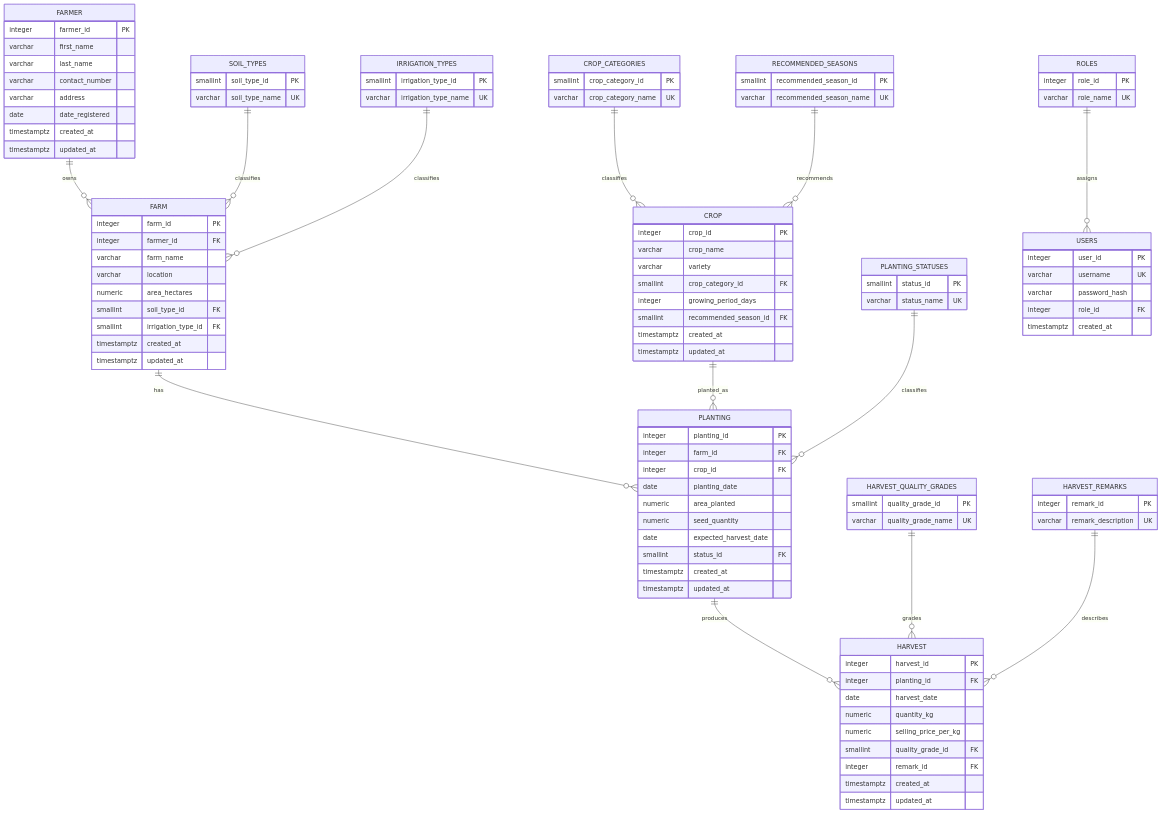
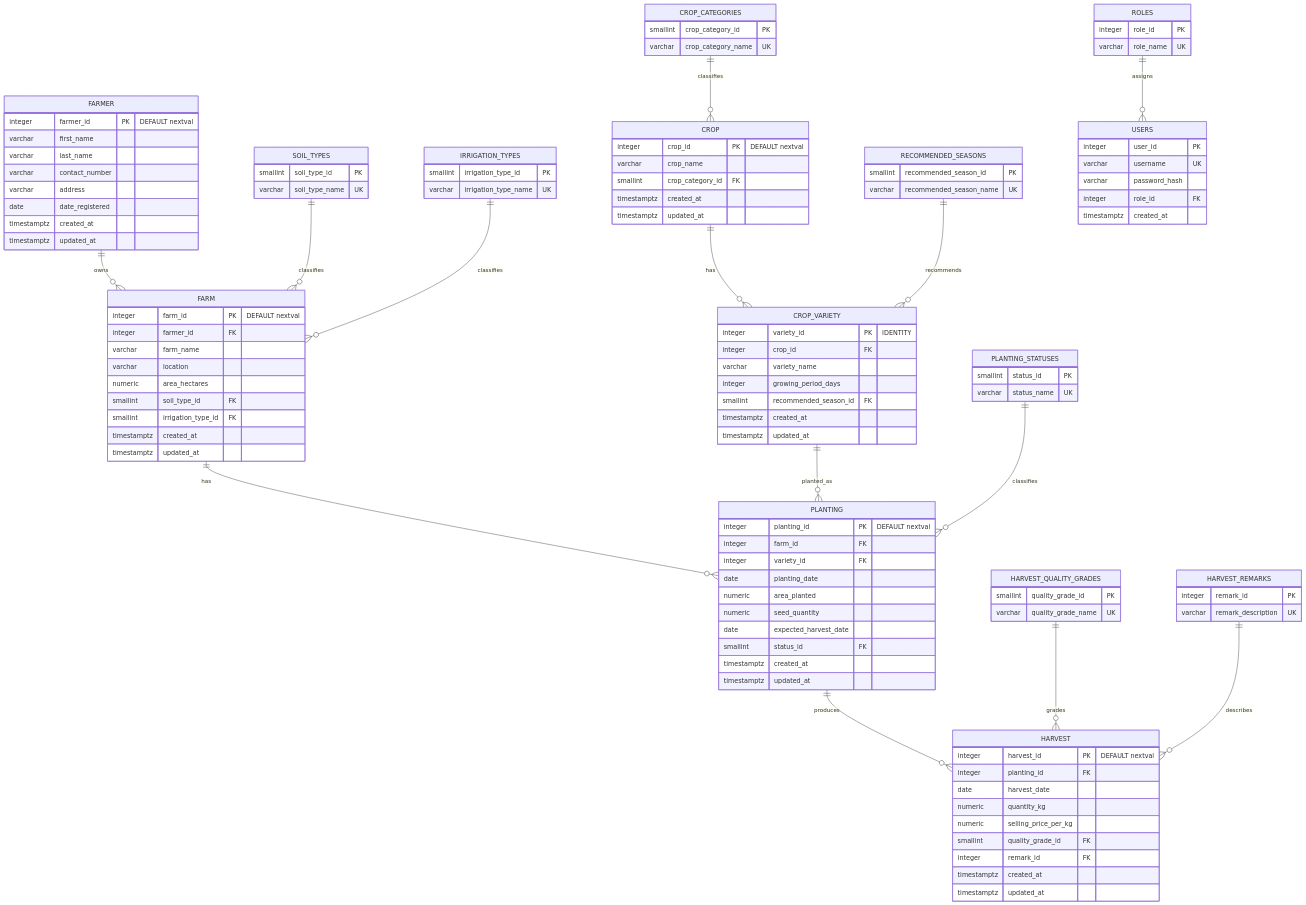
Before and after one commit to coronelstephen4/FMidterm_Project: the diagram in PROJECT_DOCUMENTATION.md, drawn with Mermaid. The commit also changed other lines of this file and 56 other files, not shown here.

```diff
--- a/PROJECT_DOCUMENTATION.md
+++ b/PROJECT_DOCUMENTATION.md
@@ -50,19 +52,19 @@
 erDiagram
     FARMER ||--o{ FARM : owns
     FARM ||--o{ PLANTING : has
-    CROP ||--o{ PLANTING : planted_as
+    CROP ||--o{ CROP_VARIETY : has
+    CROP_VARIETY ||--o{ PLANTING : planted_as
     PLANTING ||--o{ HARVEST : produces
     SOIL_TYPES ||--o{ FARM : classifies
     IRRIGATION_TYPES ||--o{ FARM : classifies
     CROP_CATEGORIES ||--o{ CROP : classifies
-    RECOMMENDED_SEASONS ||--o{ CROP : recommends
+    RECOMMENDED_SEASONS ||--o{ CROP_VARIETY : recommends
     PLANTING_STATUSES ||--o{ PLANTING : classifies
     HARVEST_QUALITY_GRADES ||--o{ HARVEST : grades
     HARVEST_REMARKS ||--o{ HARVEST : describes
     ROLES ||--o{ USERS : assigns
-
     FARMER {
-        integer farmer_id PK
+        integer farmer_id PK "DEFAULT nextval"
         varchar first_name
         varchar last_name
         varchar contact_number
@@ -72,7 +74,7 @@
         timestamptz updated_at
     }
     FARM {
-        integer farm_id PK
+        integer farm_id PK "DEFAULT nextval"
         integer farmer_id FK
         varchar farm_name
         varchar location
@@ -83,19 +85,25 @@
         timestamptz updated_at
     }
     CROP {
-        integer crop_id PK
+        integer crop_id PK "DEFAULT nextval"
         varchar crop_name
-        varchar variety
         smallint crop_category_id FK
+        timestamptz created_at
+        timestamptz updated_at
+    }
+    CROP_VARIETY {
+        integer variety_id PK "IDENTITY"
+        integer crop_id FK
+        varchar variety_name
         integer growing_period_days
         smallint recommended_season_id FK
         timestamptz created_at
         timestamptz updated_at
     }
     PLANTING {
-        integer planting_id PK
+        integer planting_id PK "DEFAULT nextval"
         integer farm_id FK
-        integer crop_id FK
+        integer variety_id FK
         date planting_date
         numeric area_planted
         numeric seed_quantity
@@ -105,7 +113,7 @@
         timestamptz updated_at
     }
     HARVEST {
-        integer harvest_id PK
+        integer harvest_id PK "DEFAULT nextval"
         integer planting_id FK
         date harvest_date
         numeric quantity_kg
```
